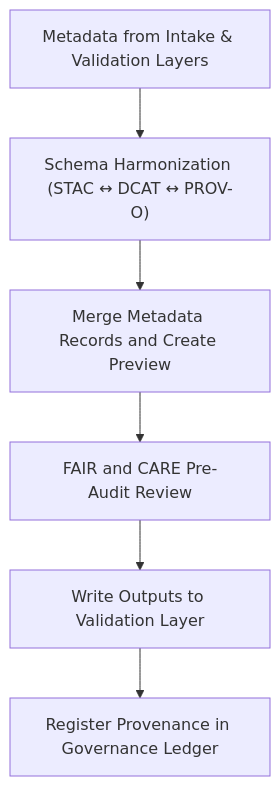
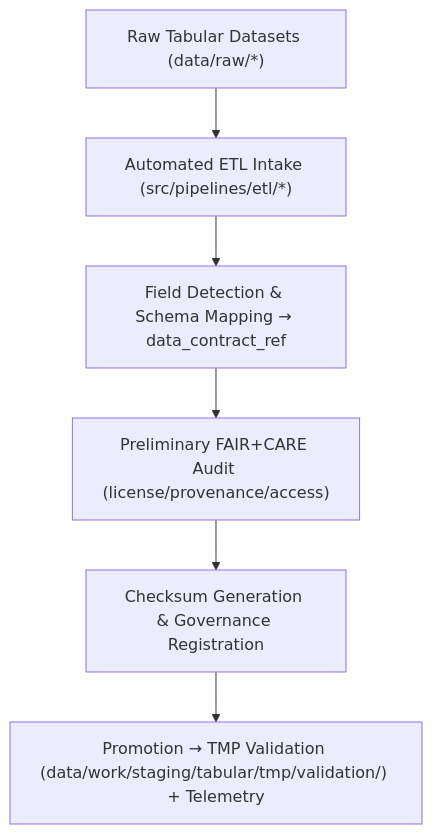
The diagram in data/work/staging/tabular/metadata/tmp/README.md (bartytime4life/Kansas-Frontier-Matrix), drawn with Mermaid before and after one commit. The commit also changed other lines of this file, not shown here.

````diff
--- a/data/work/staging/tabular/metadata/tmp/README.md
+++ b/data/work/staging/tabular/metadata/tmp/README.md
@@ -62,8 +68,8 @@
 ```mermaid
 flowchart TD
-    A["Metadata from Intake & Validation Layers"] --> B["Schema Harmonization (STAC ↔ DCAT ↔ PROV-O)"]
-    B --> C["Merge Metadata Records and Create Preview"]
-    C --> D["FAIR and CARE Pre-Audit Review"]
-    D --> E["Write Outputs to Validation Layer"]
-    E --> F["Register Provenance in Governance Ledger"]
+    A["Raw Tabular Datasets (data/raw/*)"] --> B["Automated ETL Intake (src/pipelines/etl/*)"]
+    B --> C["Field Detection & Schema Mapping → data_contract_ref"]
+    C --> D["Preliminary FAIR+CARE Audit (license/provenance/access)"]
+    D --> E["Checksum Generation & Governance Registration"]
+    E --> F["Promotion → TMP Validation (data/work/staging/tabular/tmp/validation/) + Telemetry"]
 ```
````
